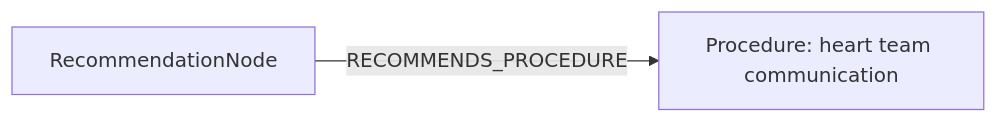
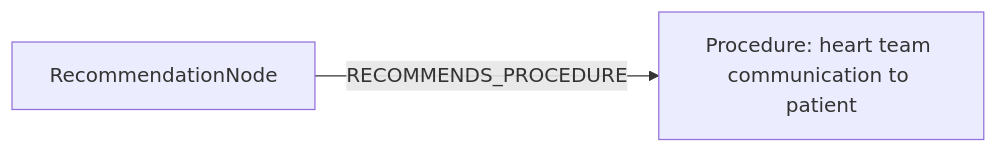
One commit to dieterich-lab/CardioGuidelinesGraph changed the second of 2 diagrams in docs/table22_rows_comparison/row_03.md. Above: the diagram before and after it, drawn with Mermaid. The commit also changed other lines of this file and 20 other files, not shown here.

````diff
--- a/docs/table22_rows_comparison/row_03.md
+++ b/docs/table22_rows_comparison/row_03.md
@@ -162,6 +125,6 @@
 ```mermaid
 graph LR
   REC[RecommendationNode]
-  ACT1[Procedure: heart team communication]
+  ACT1[Procedure: heart team communication to patient]
   REC -->|RECOMMENDS_PROCEDURE| ACT1
 ```
````
